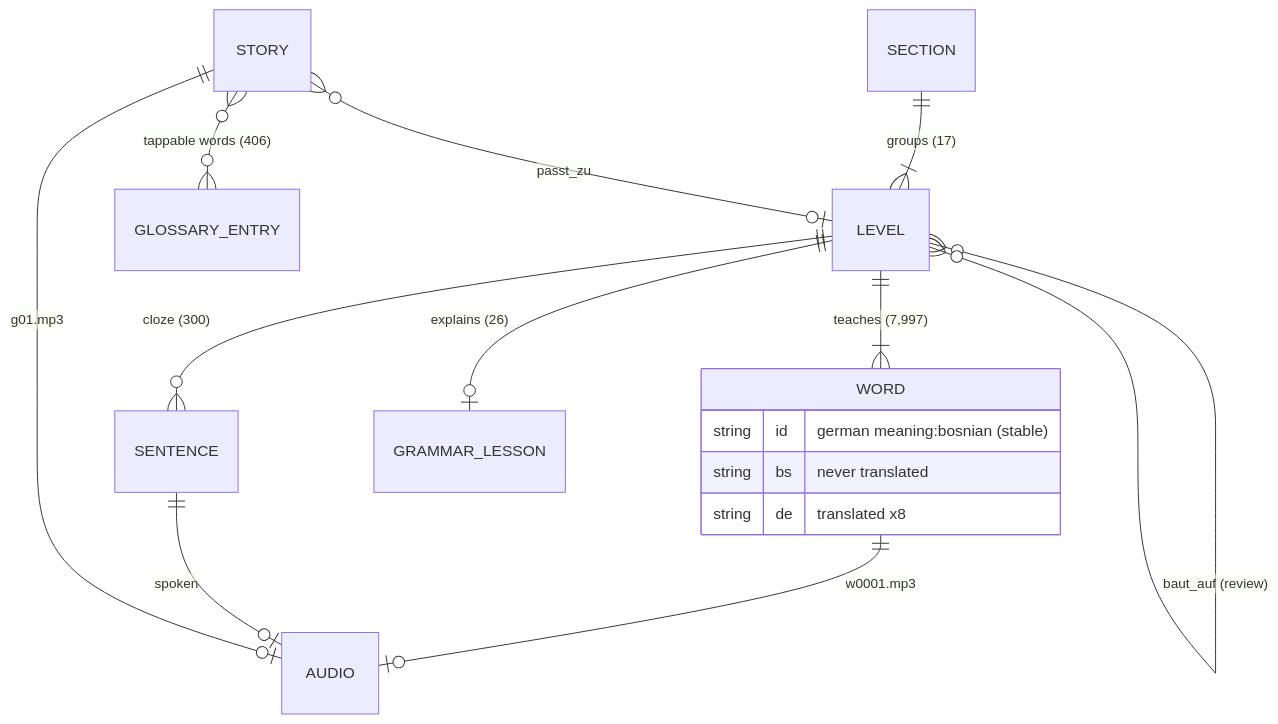
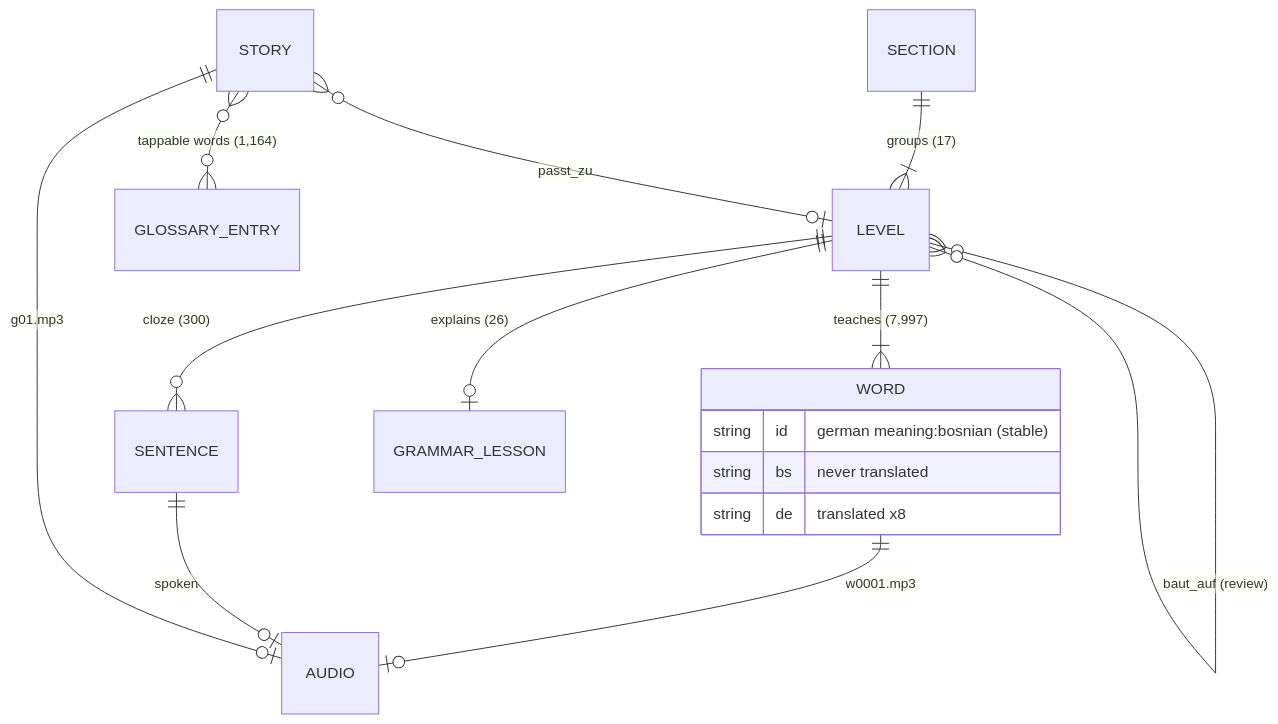
One commit to zmaj-lernapp/zmaj changed the second of 3 diagrams in docs/ARCHITECTURE.md. Above: the diagram before and after it, drawn with Mermaid. The commit also changed 30 other files, not shown here.

````diff
--- a/docs/ARCHITECTURE.md
+++ b/docs/ARCHITECTURE.md
@@ -54,18 +54,18 @@
 ```mermaid
 erDiagram
   SECTION ||--|{ LEVEL : "groups (17)"
   LEVEL ||--|{ WORD : "teaches (7,997)"
   LEVEL ||--o{ SENTENCE : "cloze (300)"
   LEVEL ||--o| GRAMMAR_LESSON : "explains (26)"
   LEVEL }o--o{ LEVEL : "baut_auf (review)"
   STORY }o--o| LEVEL : "passt_zu"
-  STORY }o--o{ GLOSSARY_ENTRY : "tappable words (406)"
+  STORY }o--o{ GLOSSARY_ENTRY : "tappable words (1,164)"
   WORD ||--o| AUDIO : "w0001.mp3"
   SENTENCE ||--o| AUDIO : "spoken"
   STORY ||--o| AUDIO : "g01.mp3"
   WORD {
     string id "german meaning:bosnian (stable)"
     string bs "never translated"
     string de "translated x8"
   }
 ```
````
